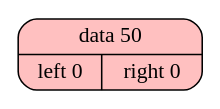
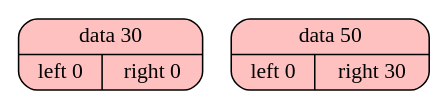
One commit to Anastasia-october/Tree changed the diagram in dump.dot. Above: the diagram before and after it, drawn with Graphviz. The commit also changed 6 other files, not shown here.

```diff
--- a/dump.dot
+++ b/dump.dot
@@ -1,6 +1,7 @@
-digraph {
+digraph{
 	rankdir=TB;
 	node [shape=Mrecord];
 
-	knot_1 [ style=filled, fillcolor="#FFC0C0",  label="{ <data> data 50 | { <left> left 0 | <right> right 0 }} "];
+	knot_1 [ style=filled, fillcolor="#FFC0C0",  label="{ <data> data 30 | { <left> left 0 | <right> right 0 }} "];
+	knot_2 [ style=filled, fillcolor="#FFC0C0",  label="{ <data> data 50 | { <left> left 0 | <right> right 30 }} "];
 }
```
